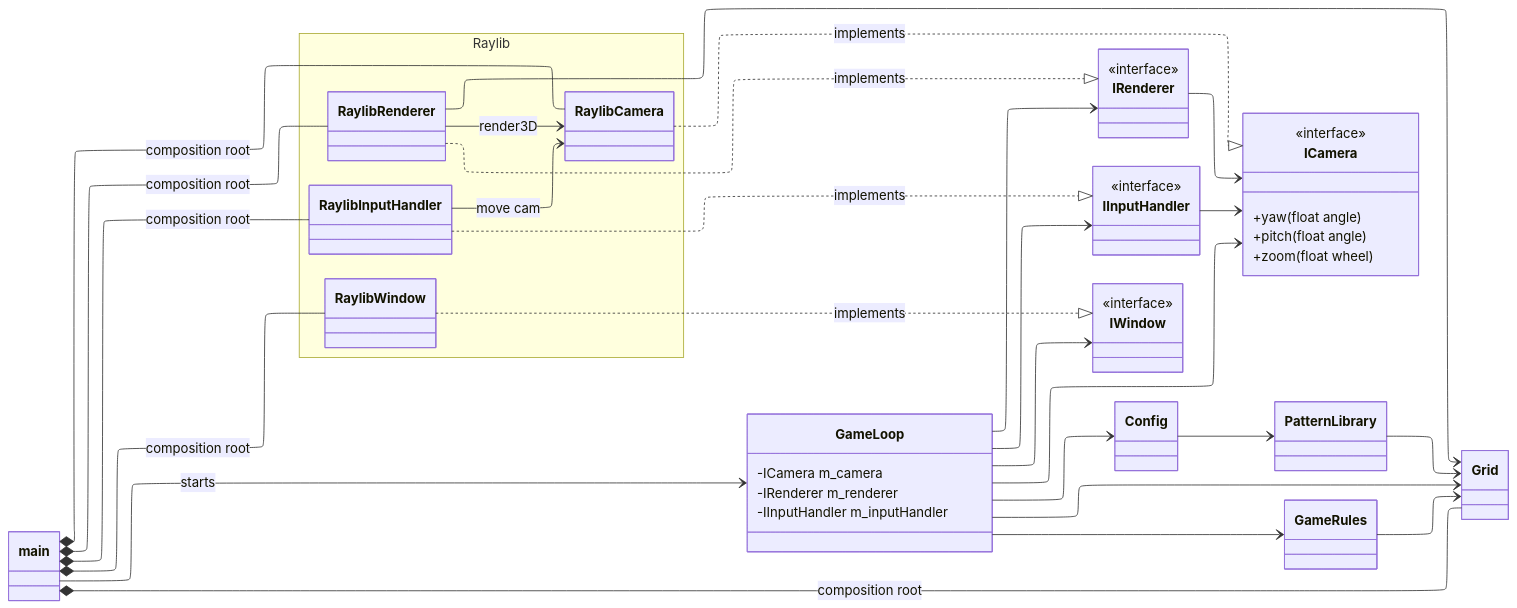
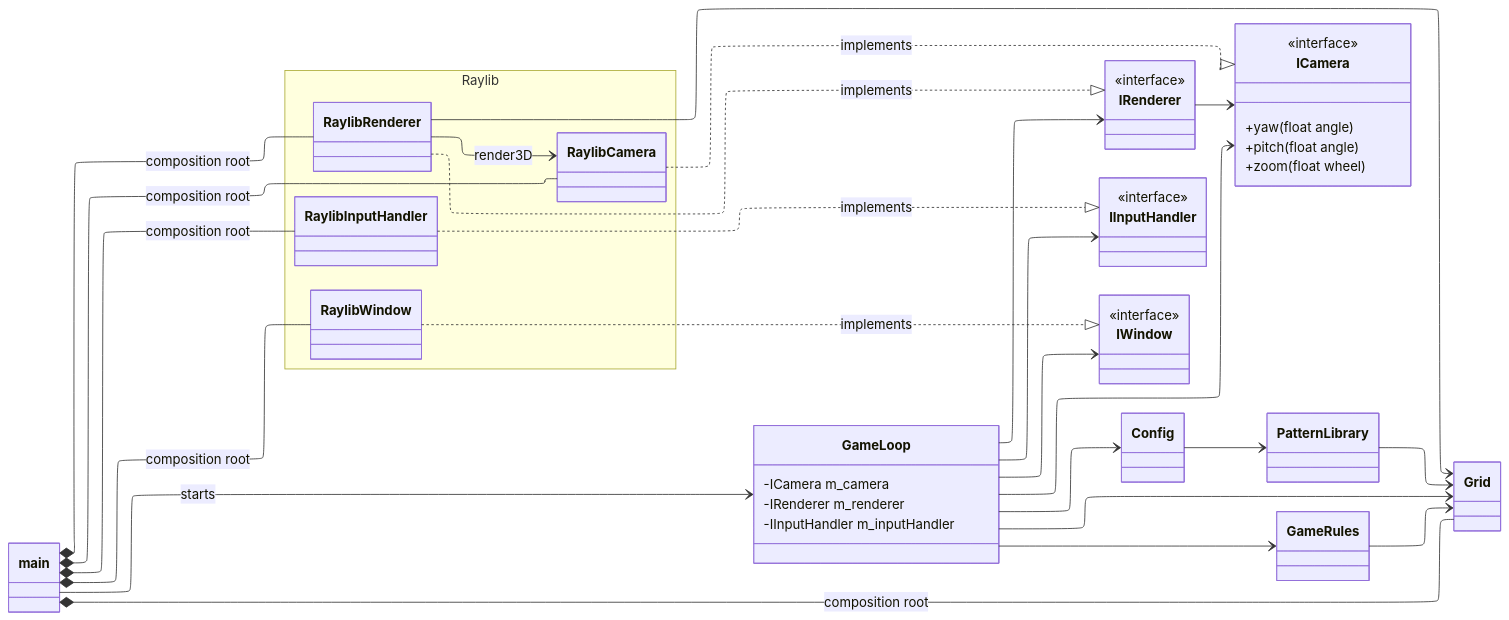
Before and after one commit to dciuca/gameOfLife3D: the diagram in classdiagram.md, drawn with Mermaid. The commit also changed 8 other files, not shown here.

````diff
--- a/classdiagram.md
+++ b/classdiagram.md
@@ -2,79 +2,77 @@
 ```mermaid
 ---
 config:
   layout: elk
 ---
 classDiagram
     direction LR
 
     class main
 
     class GameLoop {
         -ICamera m_camera
         -IRenderer m_renderer
         -IInputHandler m_inputHandler
     }
     class IRenderer {
         <<interface>>
     }
     class IInputHandler {
         <<interface>>
     }
     class IWindow {
         <<interface>>
     }
     class ICamera {
         <<interface>>
         +yaw(float angle)
         +pitch(float angle)
         +zoom(float wheel)
     }
 
     class Grid
     class PatternLibrary
     class Config
     class GameRules
 
 
     namespace Raylib {
         class RaylibRenderer
         class RaylibInputHandler
         class RaylibCamera
         class RaylibWindow
     }
 
     main *-- RaylibRenderer : composition root
     main *-- RaylibInputHandler : composition root
     main *-- RaylibCamera : composition root
     main *-- RaylibWindow : composition root
     main *-- Grid : composition root
     main --> GameLoop : starts
 
     GameLoop --> IRenderer
     GameLoop --> IInputHandler
     GameLoop --> ICamera
     GameLoop --> IWindow
     GameLoop --> Config
     GameLoop --> Grid
     GameLoop --> GameRules
     GameRules --> Grid
 
 
     RaylibRenderer ..|> IRenderer : implements
     RaylibInputHandler ..|> IInputHandler : implements
     RaylibCamera ..|> ICamera : implements
     RaylibWindow ..|> IWindow : implements
 
     RaylibRenderer --> Grid
     RaylibRenderer --> RaylibCamera: render3D
-    RaylibInputHandler --> RaylibCamera: move cam
 
     IRenderer --> ICamera
-    IInputHandler --> ICamera
 
     Config --> PatternLibrary
     PatternLibrary --> Grid
 
     classDef interface fill:#eef2ff,stroke:#818cf8,stroke-width:2px,color:#1e1b4b
     cssClass "IRenderer,IInputHandler,ICamera" interface
 ```
````
